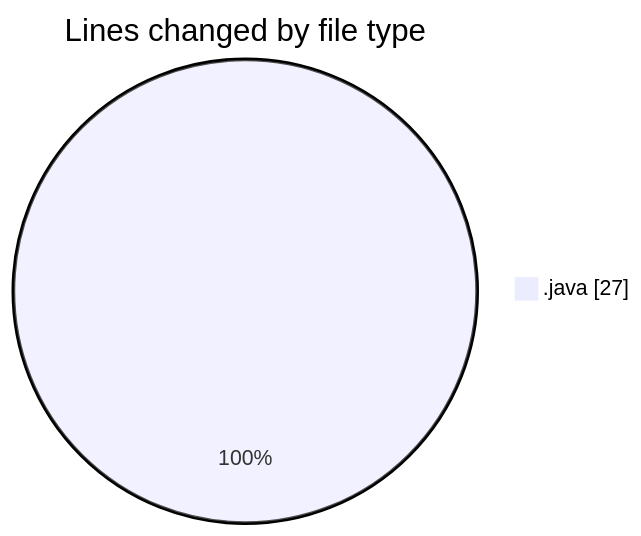
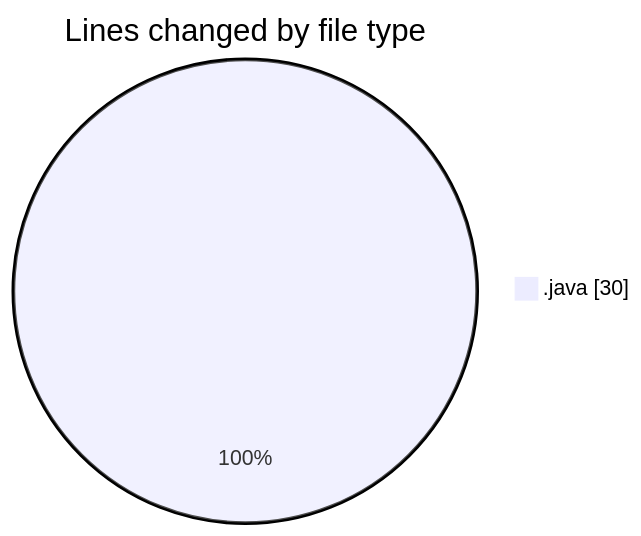
Before and after one commit to NitaiMahat/code-tracking: the first of 2 diagrams in 2025-01-28/java/README.md, drawn with Mermaid. The commit also changed other lines of this file and 1 other file, not shown here.

````diff
--- a/2025-01-28/java/README.md
+++ b/2025-01-28/java/README.md
@@ -21,5 +21,5 @@
 ```mermaid
 pie showData
 title Lines changed by file type
-".java" : 27
+".java" : 30
 ```
````
